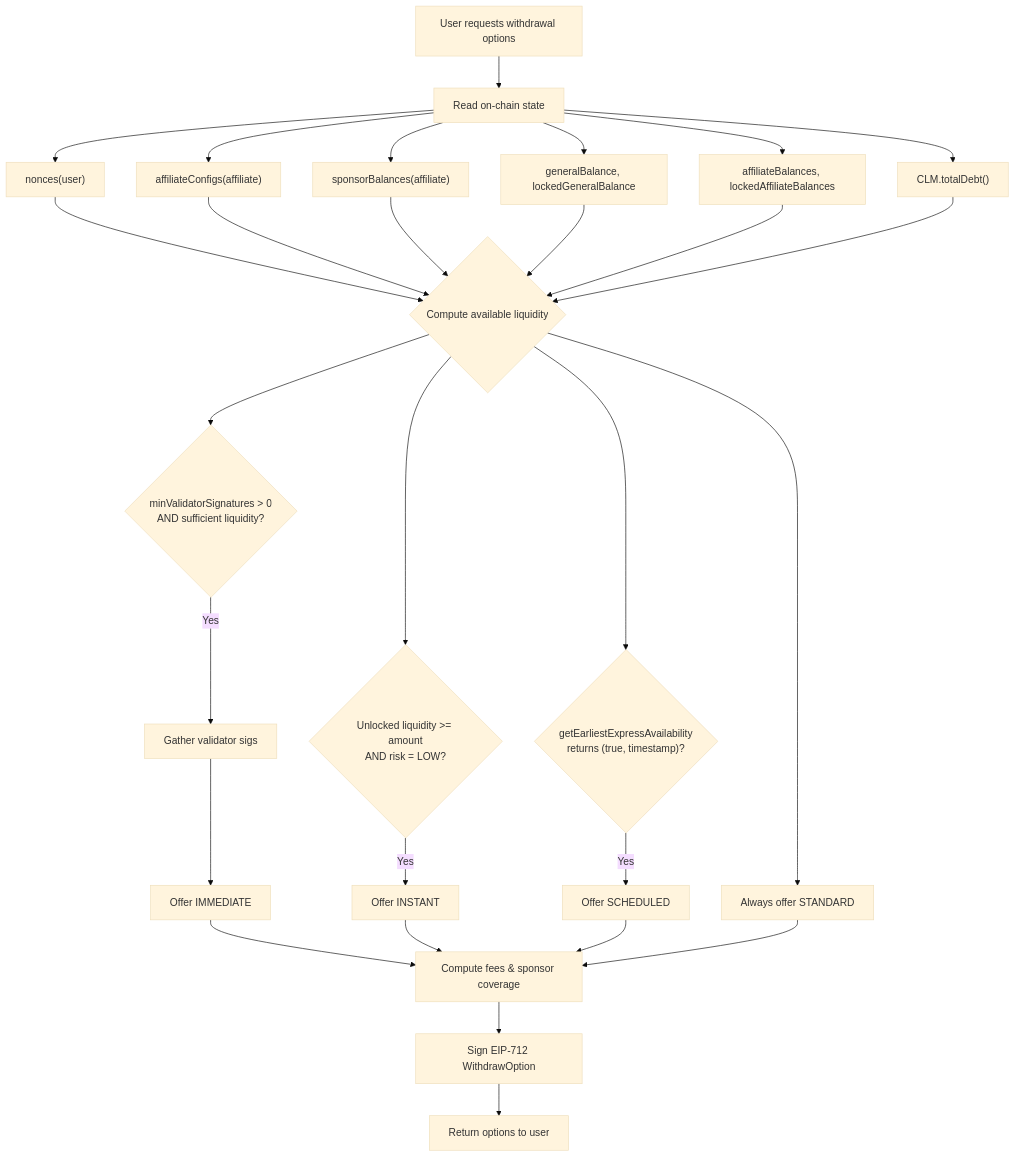
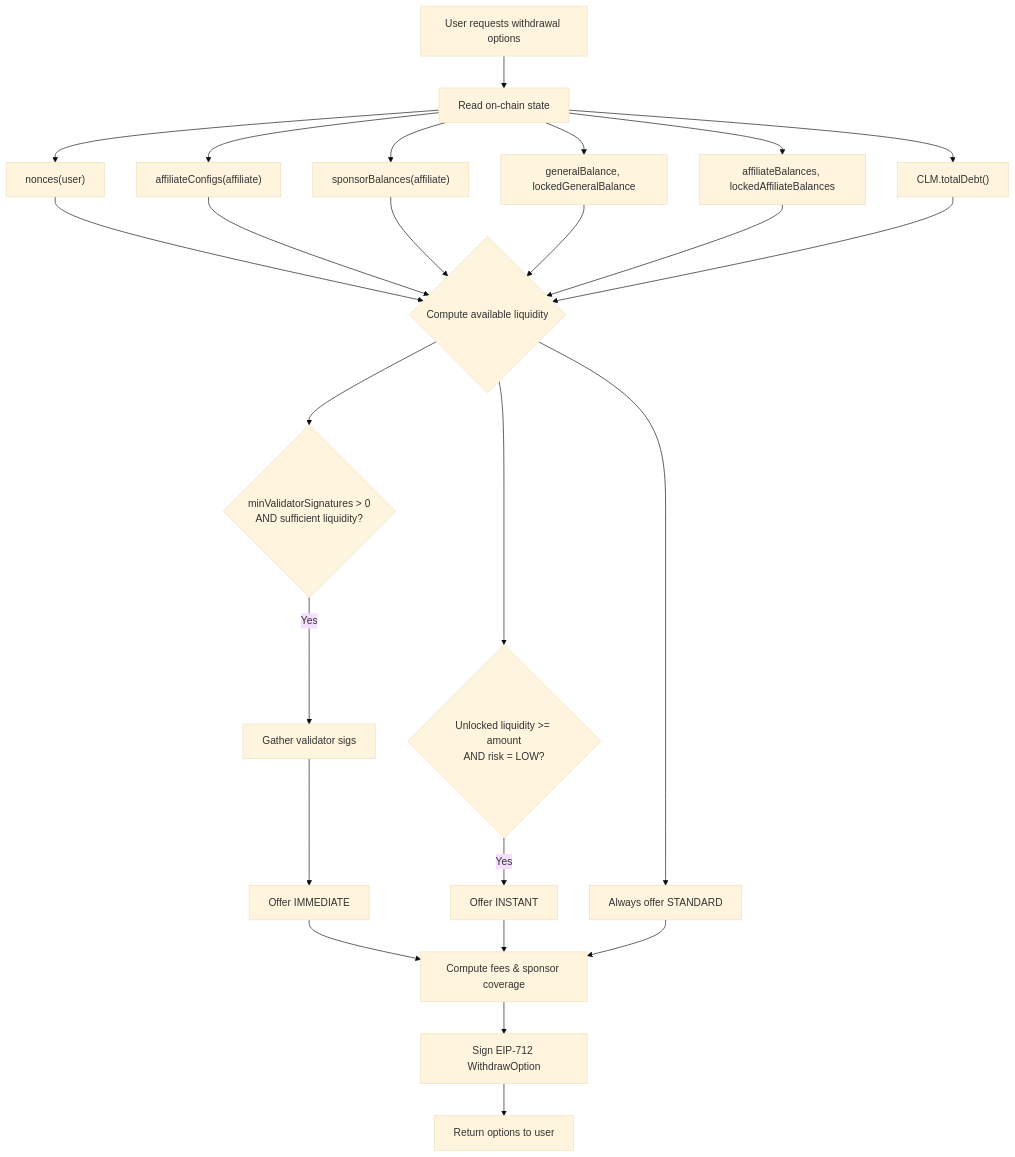
The seventh of 29 diagrams in docs/v0.8.6/express-bot-operations-checklist.md (SYMM-IO/perps-core), drawn with Mermaid (base theme) before and after one commit. The commit also changed other lines of this file and 14 other files, not shown here.

````diff
--- a/docs/v0.8.6/express-bot-operations-checklist.md
+++ b/docs/v0.8.6/express-bot-operations-checklist.md
@@ -1042,28 +840,25 @@
 ```mermaid
 flowchart TD
     A[User requests withdrawal options] --> B[Read on-chain state]
     B --> B1["nonces(user)"]
     B --> B2["affiliateConfigs(affiliate)"]
     B --> B3["sponsorBalances(affiliate)"]
     B --> B4["generalBalance, lockedGeneralBalance"]
     B --> B5["affiliateBalances, lockedAffiliateBalances"]
     B --> B6["CLM.totalDebt()"]
 
     B1 & B2 & B3 & B4 & B5 & B6 --> C{Compute available liquidity}
 
     C --> D{minValidatorSignatures > 0\nAND sufficient liquidity?}
     D -->|Yes| D1[Gather validator sigs]
     D1 --> D2[Offer IMMEDIATE]
 
     C --> E{Unlocked liquidity >= amount\nAND risk = LOW?}
     E -->|Yes| E1[Offer INSTANT]
 
-    C --> F{"getEarliestExpressAvailability\nreturns (true, timestamp)?"}
-    F -->|Yes| F1[Offer SCHEDULED]
-
     C --> G[Always offer STANDARD]
 
-    D2 & E1 & F1 & G --> H[Compute fees & sponsor coverage]
+    D2 & E1 & G --> H[Compute fees & sponsor coverage]
     H --> I[Sign EIP-712 WithdrawOption]
     I --> J[Return options to user]
 ```
````
